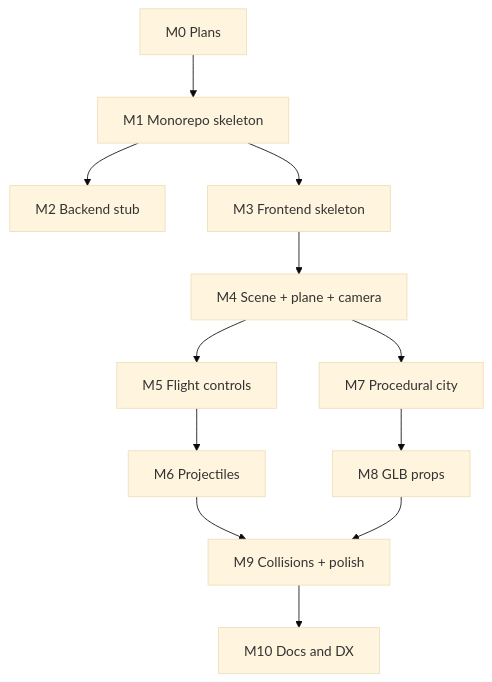
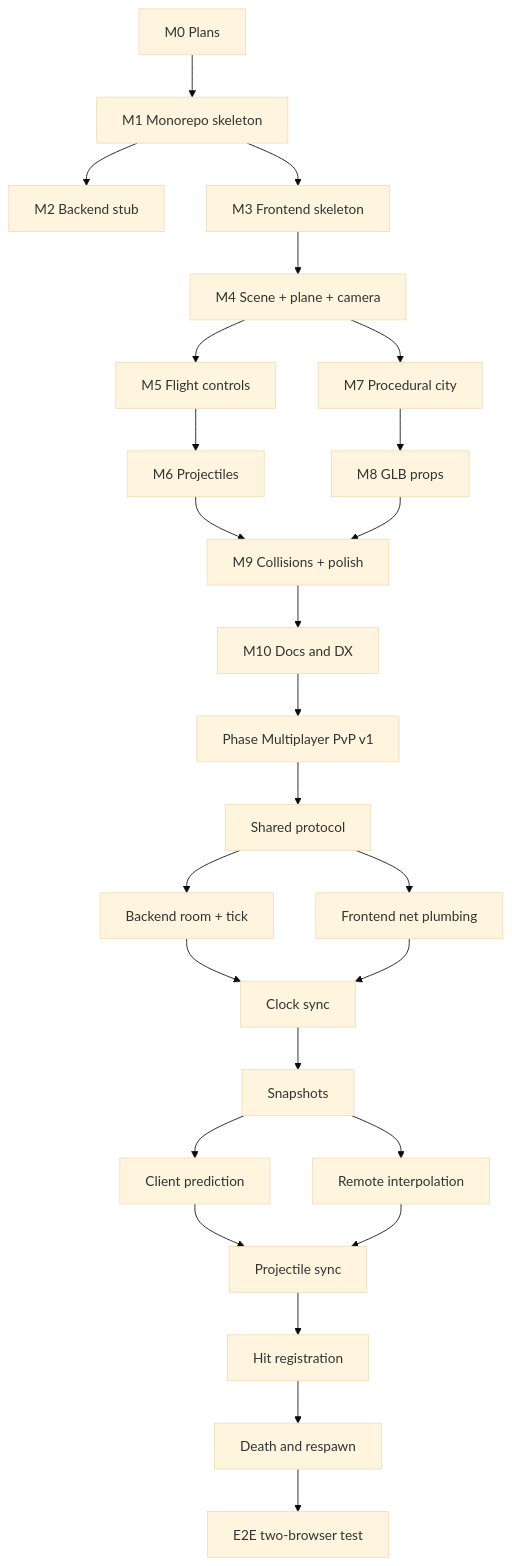
The diagram in plans/08_ROADMAP.md (rayanecommonW/Flying-tung-tung-tung-sahur), drawn with Mermaid (base theme) before and after one commit. The commit also changed other lines of this file and 48 other files, not shown here.

````diff
--- a/plans/08_ROADMAP.md
+++ b/plans/08_ROADMAP.md
@@ -108,14 +244,28 @@
 ```mermaid
 flowchart TD
   M0[M0 Plans] --> M1[M1 Monorepo skeleton]
   M1 --> M2[M2 Backend stub]
   M1 --> M3[M3 Frontend skeleton]
   M3 --> M4[M4 Scene + plane + camera]
   M4 --> M5[M5 Flight controls]
   M5 --> M6[M6 Projectiles]
   M4 --> M7[M7 Procedural city]
   M7 --> M8[M8 GLB props]
   M6 --> M9[M9 Collisions + polish]
   M8 --> M9
   M9 --> M10[M10 Docs and DX]
+  M10 --> MP[Phase Multiplayer PvP v1]
+  MP --> MPa[Shared protocol]
+  MPa --> MPb[Backend room + tick]
+  MPa --> MPc[Frontend net plumbing]
+  MPb --> MPd[Clock sync]
+  MPc --> MPd
+  MPd --> MPe[Snapshots]
+  MPe --> MPf[Client prediction]
+  MPe --> MPg[Remote interpolation]
+  MPf --> MPh[Projectile sync]
+  MPg --> MPh
+  MPh --> MPi[Hit registration]
+  MPi --> MPj[Death and respawn]
+  MPj --> MPk[E2E two-browser test]
 ```
````
